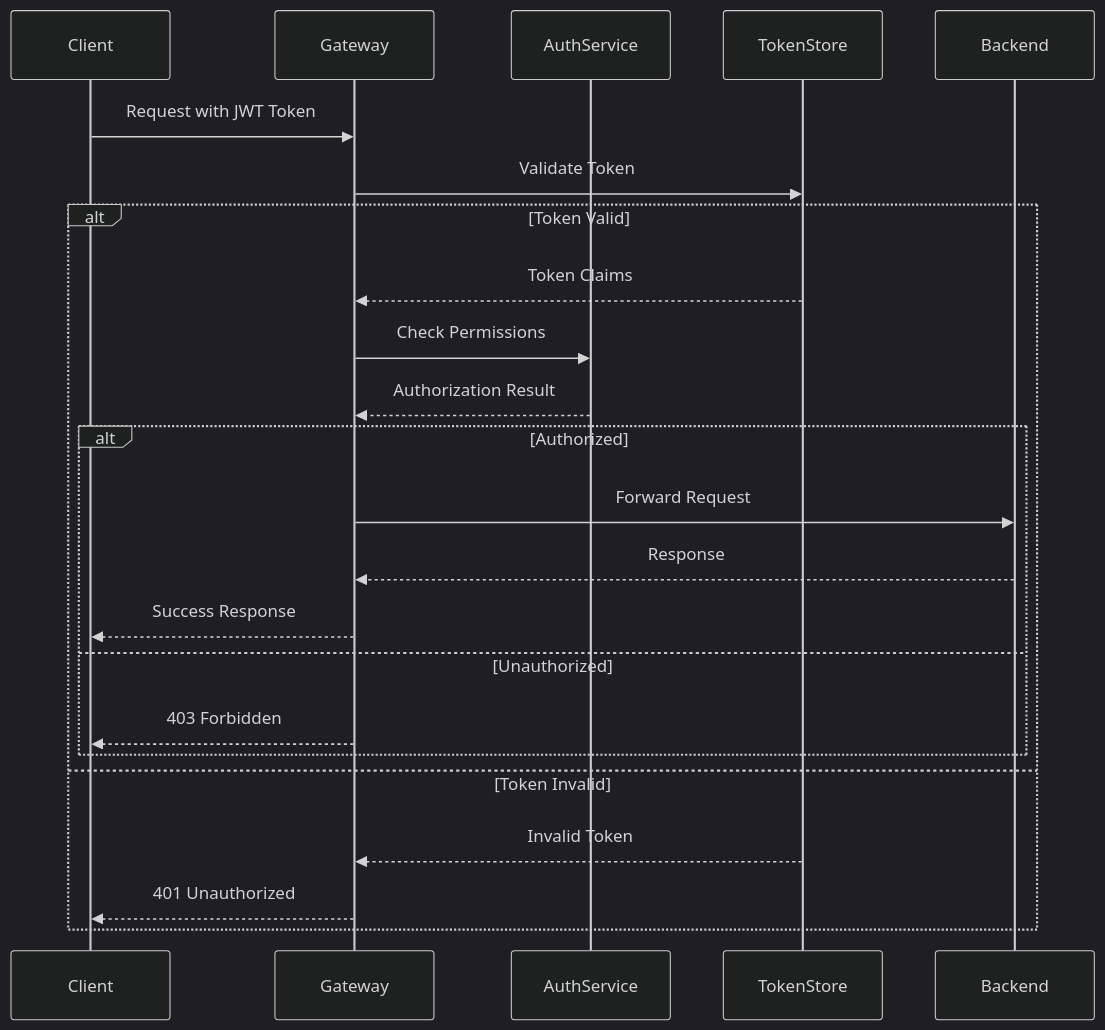
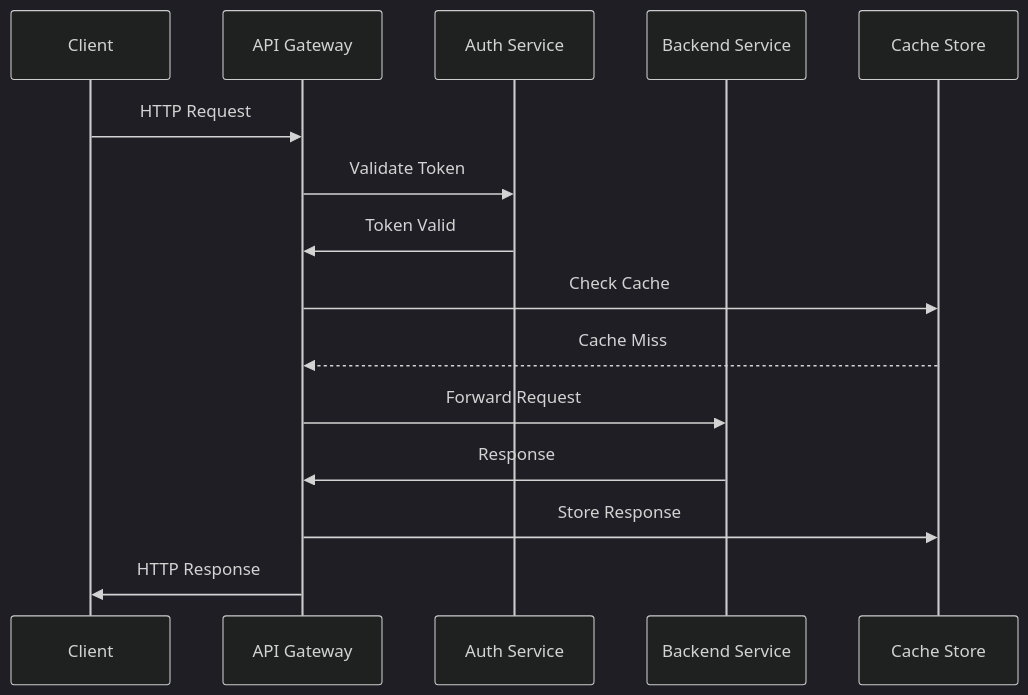
Before and after one commit to Ritahchanger/system_design: the third of 7 diagrams in api-gateways/README.md, drawn with Mermaid (dark theme). The commit also changed other lines of this file and 8 other files, not shown here.

Commit message:
Add comprehensive API Gateway documentation: architecture, routing, caching, scaling, security, monitoring, patterns, and pros/cons

````diff
--- a/api-gateways/README.md
+++ b/api-gateways/README.md
@@ -213,26 +112,18 @@
 ```mermaid
 sequenceDiagram
-    participant Client
-    participant Gateway
-    participant AuthService
-    participant TokenStore
-    participant Backend
+    participant C as Client
+    participant G as API Gateway
+    participant A as Auth Service
+    participant S as Backend Service
+    participant Cache as Cache Store
     
-    Client->>Gateway: Request with JWT Token
-    Gateway->>TokenStore: Validate Token
-    alt Token Valid
-        TokenStore-->>Gateway: Token Claims
-        Gateway->>AuthService: Check Permissions
-        AuthService-->>Gateway: Authorization Result
-        alt Authorized
-            Gateway->>Backend: Forward Request
-            Backend-->>Gateway: Response
-            Gateway-->>Client: Success Response
-        else Unauthorized
-            Gateway-->>Client: 403 Forbidden
-        end
-    else Token Invalid
-        TokenStore-->>Gateway: Invalid Token
-        Gateway-->>Client: 401 Unauthorized
-    end
+    C->>G: HTTP Request
+    G->>A: Validate Token
+    A->>G: Token Valid
+    G->>Cache: Check Cache
+    Cache-->>G: Cache Miss
+    G->>S: Forward Request
+    S->>G: Response
+    G->>Cache: Store Response
+    G->>C: HTTP Response
 ```
````
